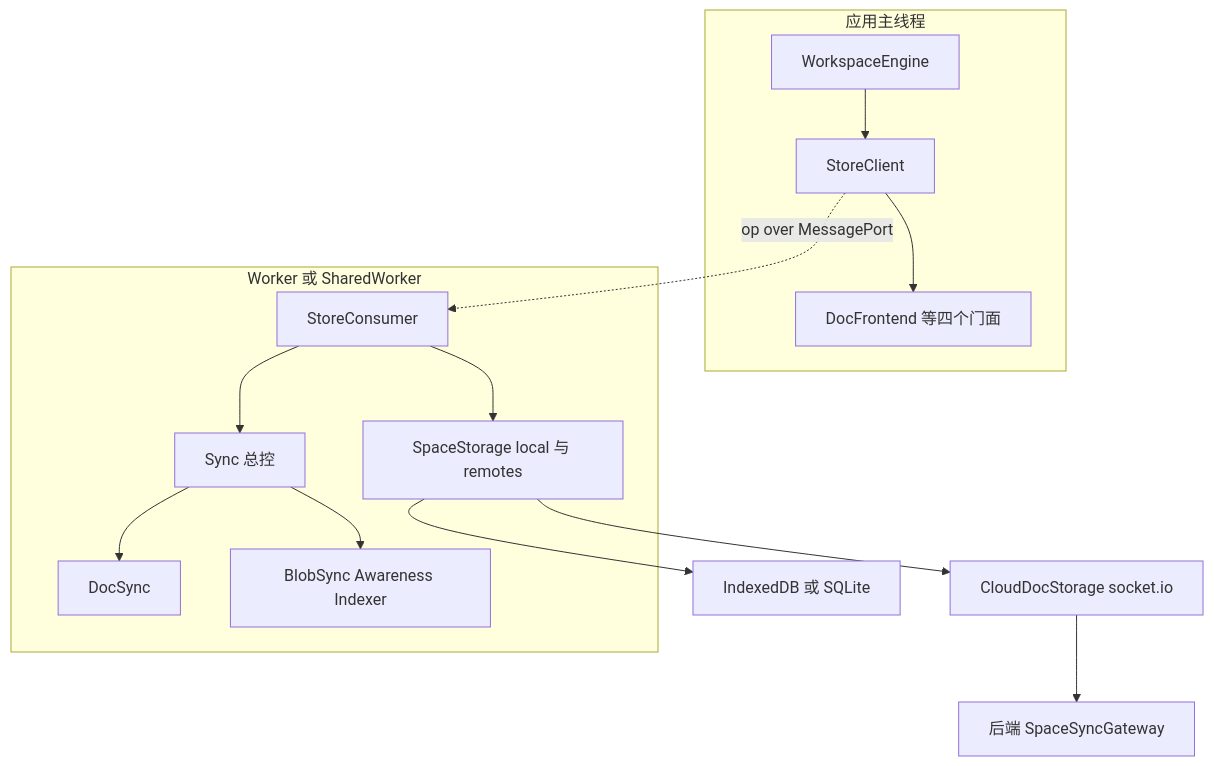
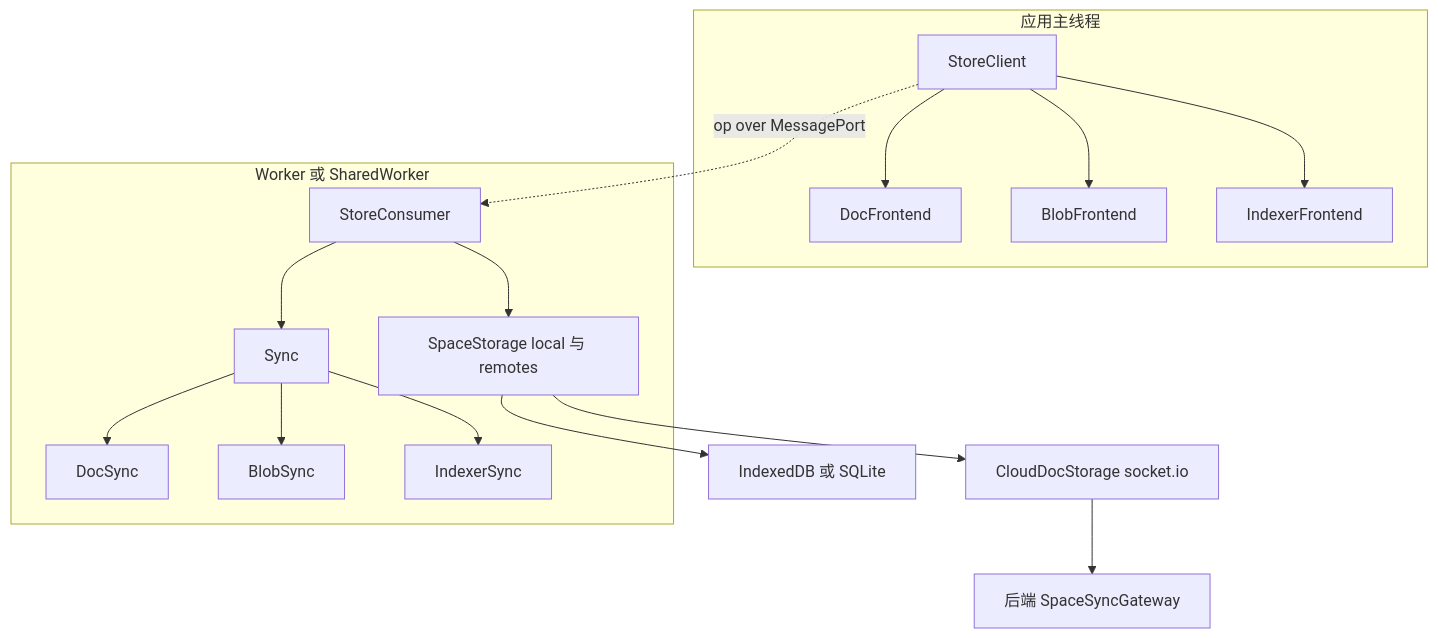
One commit to lfire/AFFiNE changed the first of 7 diagrams in learning-guide/slides/decks/19.md. Above: the diagram before and after it, drawn with Mermaid. The commit also changed other lines of this file and 46 other files, not shown here.

````diff
--- a/learning-guide/slides/decks/19.md
+++ b/learning-guide/slides/decks/19.md
@@ -50,17 +33,19 @@
 ```mermaid
 flowchart TB
-  subgraph Main[应用主线程]
-    WE[WorkspaceEngine] --> SC[StoreClient]
-    SC --> DF[DocFrontend 等四个门面]
+  subgraph App["应用主线程"]
+    SC["StoreClient"] --> DF["DocFrontend"]
+    SC --> BF["BlobFrontend"]
+    SC --> IF["IndexerFrontend"]
   end
-  subgraph Wk[Worker 或 SharedWorker]
-    STC[StoreConsumer] --> SS[SpaceStorage local 与 remotes]
-    STC --> SY[Sync 总控]
-    SY --> DS[DocSync]
-    SY --> BS[BlobSync Awareness Indexer]
+  subgraph Worker["Worker 或 SharedWorker"]
+    STC["StoreConsumer"] --> SS["SpaceStorage local 与 remotes"]
+    STC --> SY["Sync"]
+    SY --> DS["DocSync"]
+    SY --> BS["BlobSync"]
+    SY --> IS["IndexerSync"]
   end
-  SC -.op over MessagePort.-> STC
-  SS --> IDB[IndexedDB 或 SQLite]
-  SS --> Cloud[CloudDocStorage socket.io]
-  Cloud --> GW[后端 SpaceSyncGateway]
+  SC -. op over MessagePort .-> STC
+  SS --> IDB["IndexedDB 或 SQLite"]
+  SS --> Cloud["CloudDocStorage socket.io"]
+  Cloud --> GW["后端 SpaceSyncGateway"]
 ```
````
